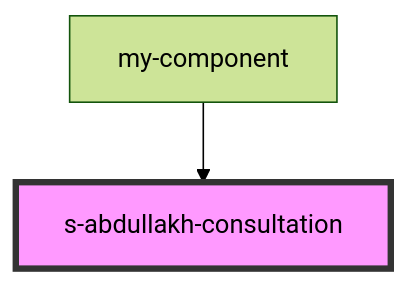
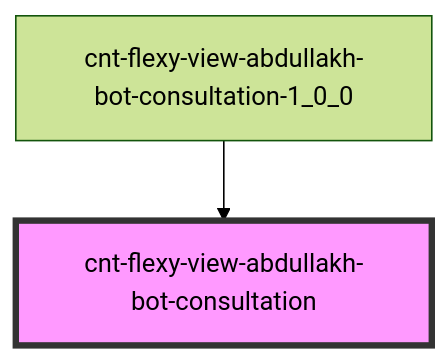
Before and after one commit to Wokh-Dada/botdevelopmentapp: the diagram in src/components/cnt-flexy-view-abdullakh-bot-consultation-1_0_0/res/view/cnt-flexy-view-abdullakh-bot-consultation/readme.md, drawn with Mermaid (forest theme). The commit also changed other lines of this file and 138 other files, not shown here.

````diff
--- a/src/components/cnt-flexy-view-abdullakh-bot-consultation-1_0_0/res/view/cnt-flexy-view-abdullakh-bot-consultation/readme.md
+++ b/src/components/cnt-flexy-view-abdullakh-bot-consultation-1_0_0/res/view/cnt-flexy-view-abdullakh-bot-consultation/readme.md
@@ -31,5 +30,5 @@
 ```mermaid
 graph TD;
-  my-component --> s-abdullakh-consultation
-  style s-abdullakh-consultation fill:#f9f,stroke:#333,stroke-width:4px
+  cnt-flexy-view-abdullakh-bot-consultation-1_0_0 --> cnt-flexy-view-abdullakh-bot-consultation
+  style cnt-flexy-view-abdullakh-bot-consultation fill:#f9f,stroke:#333,stroke-width:4px
 ```
````
